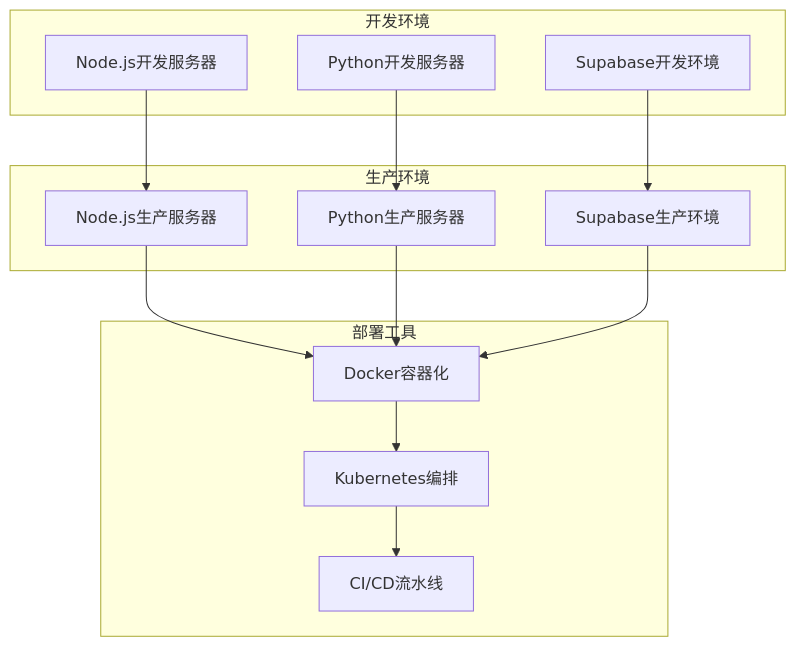
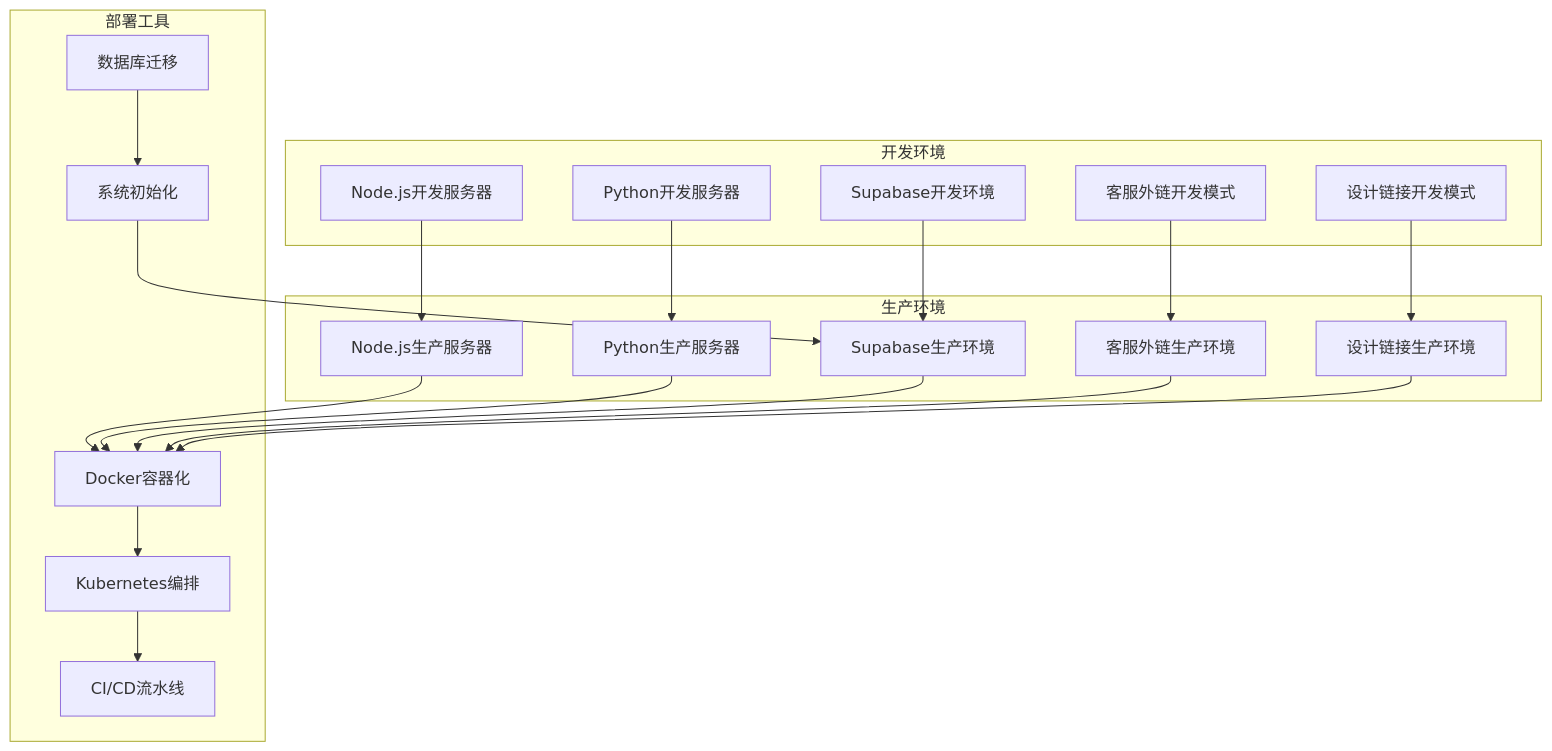
Diagram 16 of 16 in .qoder/repowiki/zh/content/项目概述.md (SY6621/POD-Order-Management), drawn with Mermaid before and after one commit. The commit also changed other lines of this file and 15 other files, not shown here.

````diff
--- a/.qoder/repowiki/zh/content/项目概述.md
+++ b/.qoder/repowiki/zh/content/项目概述.md
@@ -614,26 +891,38 @@
 ```mermaid
 graph TB
 subgraph "开发环境"
 NodeDev[Node.js开发服务器]
 PythonDev[Python开发服务器]
 SupabaseDev[Supabase开发环境]
+ServiceLinkDev[客服外链开发模式]
+DesignLinkDev[设计链接开发模式]
 end
 subgraph "生产环境"
 NodeProd[Node.js生产服务器]
 PythonProd[Python生产服务器]
 SupabaseProd[Supabase生产环境]
+ServiceLinkProd[客服外链生产环境]
+DesignLinkProd[设计链接生产环境]
 end
 subgraph "部署工具"
 Docker[Docker容器化]
 Kubernetes[Kubernetes编排]
 CI_CD[CI/CD流水线]
+Migration[数据库迁移]
+Init[系统初始化]
 end
 NodeDev --> NodeProd
 PythonDev --> PythonProd
 SupabaseDev --> SupabaseProd
+ServiceLinkDev --> ServiceLinkProd
+DesignLinkDev --> DesignLinkProd
 NodeProd --> Docker
 PythonProd --> Docker
 SupabaseProd --> Docker
+ServiceLinkProd --> Docker
+DesignLinkProd --> Docker
 Docker --> Kubernetes
 Kubernetes --> CI_CD
+Migration --> Init
+Init --> SupabaseProd
 ```
````
